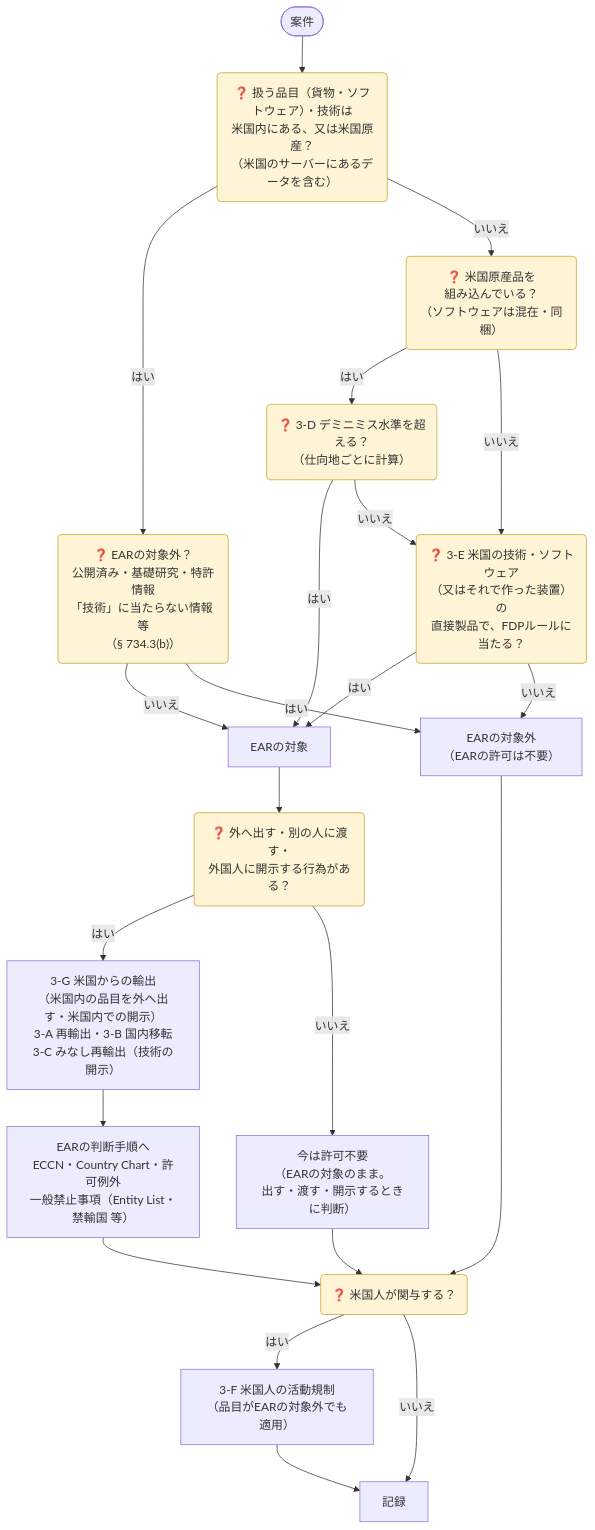
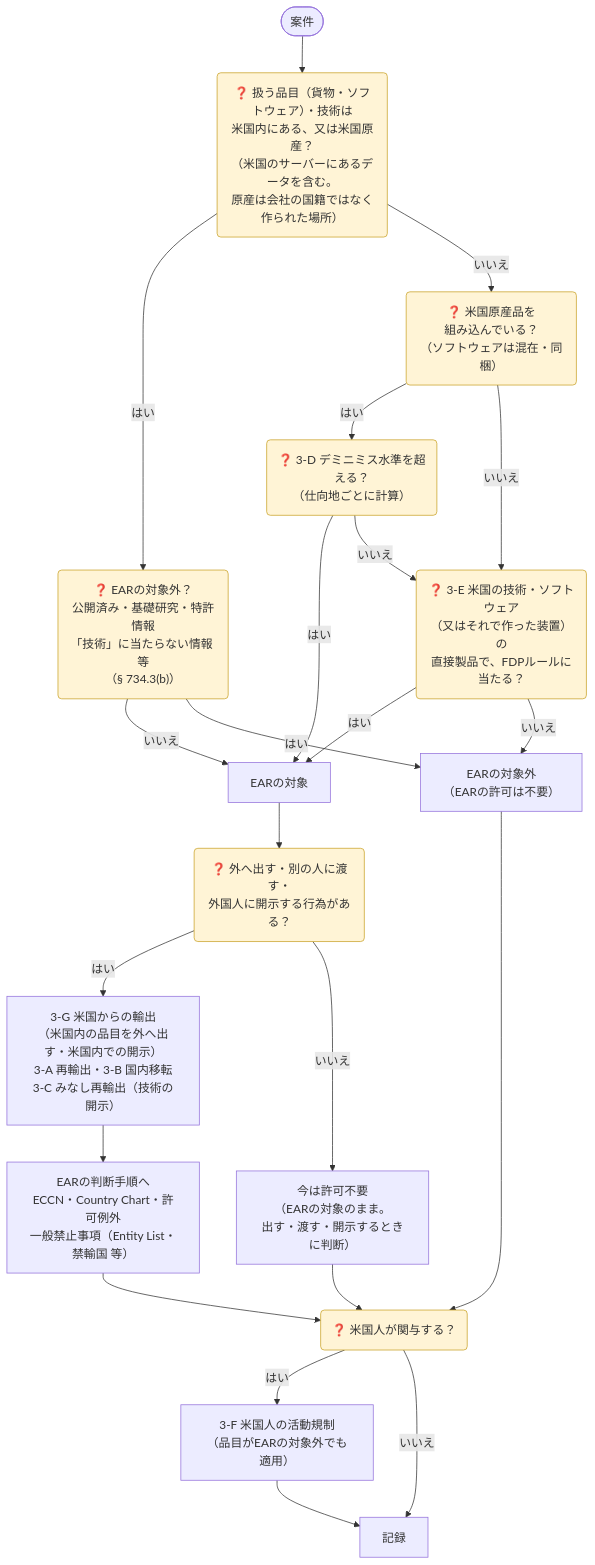
The third of 3 diagrams in content/ja/docs/01-overview/export-patterns/index.md (bamboo-go/export-control-hub), drawn with Mermaid before and after one commit. The commit also changed other lines of this file, not shown here.

Commit message:
Explain origin, foreign-made group products and U.S. subsidiaries in the decision flows

````diff
--- a/content/ja/docs/01-overview/export-patterns/index.md
+++ b/content/ja/docs/01-overview/export-patterns/index.md
@@ -136,26 +137,26 @@
 ```mermaid
 flowchart TD
-  S(["案件"]) --> O("❓ 扱う品目（貨物・ソフトウェア）・技術は<br/>米国内にある、又は米国原産？<br/>（米国のサーバーにあるデータを含む）")
+  S(["案件"]) --> O("❓ 扱う品目（貨物・ソフトウェア）・技術は<br/>米国内にある、又は米国原産？<br/>（米国のサーバーにあるデータを含む。<br/>原産は会社の国籍ではなく作られた場所）")
   O -- はい --> X0("❓ EARの対象外？<br/>公開済み・基礎研究・特許情報<br/>「技術」に当たらない情報 等<br/>（§ 734.3(b)）")
   X0 -- いいえ --> SUB
   X0 -- はい --> NS
   O -- いいえ --> D("❓ 米国原産品を<br/>組み込んでいる？<br/>（ソフトウェアは混在・同梱）")
   D -- はい --> D1("❓ 3-D デミニミス水準を超える？<br/>（仕向地ごとに計算）")
   D -- いいえ --> F
   D1 -- はい --> SUB
   D1 -- いいえ --> F("❓ 3-E 米国の技術・ソフトウェア<br/>（又はそれで作った装置）の<br/>直接製品で、FDPルールに当たる？")
   F -- はい --> SUB["EARの対象"]
   F -- いいえ --> NS["EARの対象外<br/>（EARの許可は不要）"]
   SUB --> A0("❓ 外へ出す・別の人に渡す・<br/>外国人に開示する行為がある？")
   A0 -- はい --> O1["3-G 米国からの輸出<br/>（米国内の品目を外へ出す・米国内での開示）<br/>3-A 再輸出・3-B 国内移転<br/>3-C みなし再輸出（技術の開示）"]
   A0 -- いいえ --> N0["今は許可不要<br/>（EARの対象のまま。<br/>出す・渡す・開示するときに判断）"]
   N0 --> M
   O1 --> J["EARの判断手順へ<br/>ECCN・Country Chart・許可例外<br/>一般禁止事項（Entity List・禁輸国 等）"]
   J --> M("❓ 米国人が関与する？")
   NS --> M
   M -- はい --> F3["3-F 米国人の活動規制<br/>（品目がEARの対象外でも適用）"]
   M -- いいえ --> R["記録"]
   F3 --> R
   classDef q fill:#fff4d6,stroke:#c9a227,color:#333;
   class O,X0,D,D1,F,A0,M q;
 ```
````
